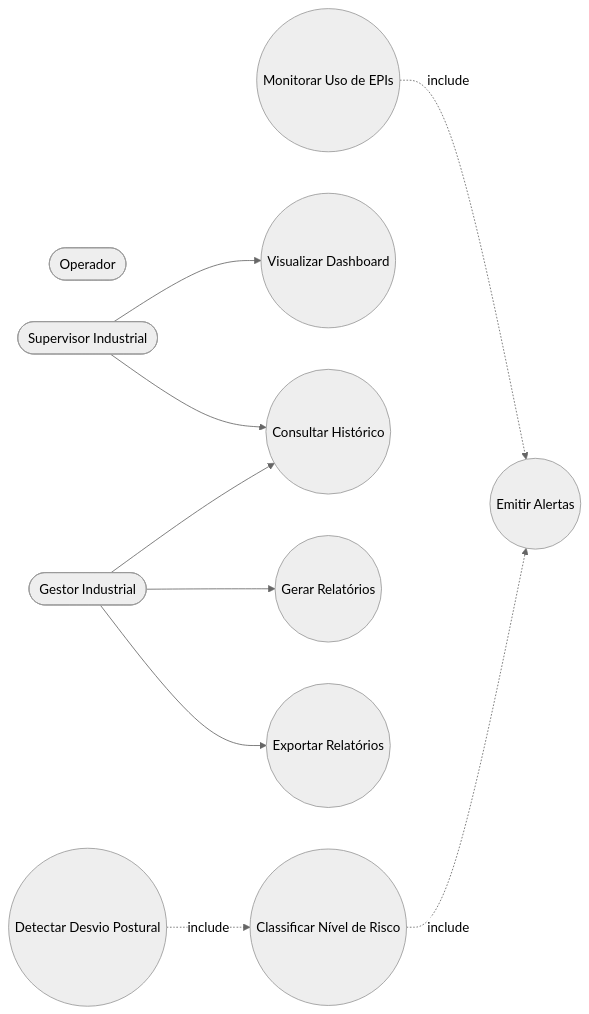
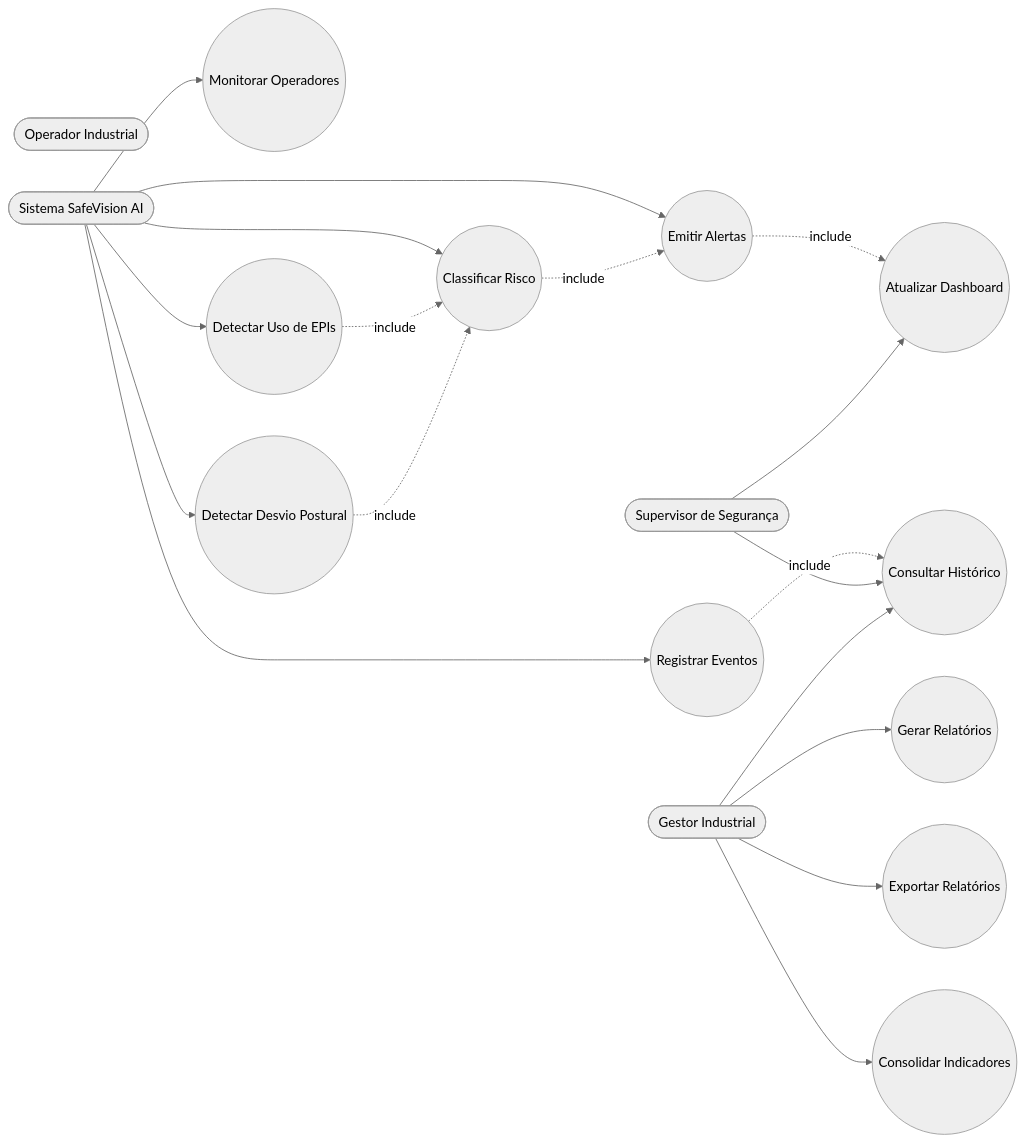
One commit to An4lu/SPRINT_EngenhariadeSoftware changed the diagram in docs/diagramas/casos-de-uso.md. Above: the diagram before and after it, drawn with Mermaid (neutral theme). The commit also changed 2 other files, not shown here.

Commit message:
fix(): melhorias diagramas

````diff
--- a/docs/diagramas/casos-de-uso.md
+++ b/docs/diagramas/casos-de-uso.md
@@ -3,27 +3,41 @@
 ```mermaid
 flowchart LR
 
-Operador([Operador])
-Supervisor([Supervisor Industrial])
+Operador([Operador Industrial])
+Supervisor([Supervisor de Segurança])
 Gestor([Gestor Industrial])
+Sistema([Sistema SafeVision AI])
 
-UC1((Monitorar Uso de EPIs))
-UC2((Detectar Desvio Postural))
-UC3((Emitir Alertas))
-UC4((Visualizar Dashboard))
-UC5((Consultar Histórico))
-UC6((Gerar Relatórios))
-UC7((Exportar Relatórios))
-UC8((Classificar Nível de Risco))
+UC1((Monitorar Operadores))
+UC2((Detectar Uso de EPIs))
+UC3((Detectar Desvio Postural))
+UC4((Classificar Risco))
+UC5((Emitir Alertas))
+UC6((Atualizar Dashboard))
+UC7((Consultar Histórico))
+UC8((Gerar Relatórios))
+UC9((Exportar Relatórios))
+UC10((Consolidar Indicadores))
+UC11((Registrar Eventos))
 
-UC1 -. include .-> UC3
-UC2 -. include .-> UC8
-UC8 -. include .-> UC3
+Sistema --> UC1
+Sistema --> UC2
+Sistema --> UC3
+Sistema --> UC4
+Sistema --> UC5
+Sistema --> UC11
 
-Supervisor --> UC4
-Supervisor --> UC5
+UC2 -. include .-> UC4
+UC3 -. include .-> UC4
+UC4 -. include .-> UC5
+UC5 -. include .-> UC6
+UC11 -. include .-> UC7
 
-Gestor --> UC6
+Supervisor --> UC6
+Supervisor --> UC7
+
+Gestor --> UC8
+Gestor --> UC9
+Gestor --> UC10
 Gestor --> UC7
-Gestor --> UC5
 ```
````
